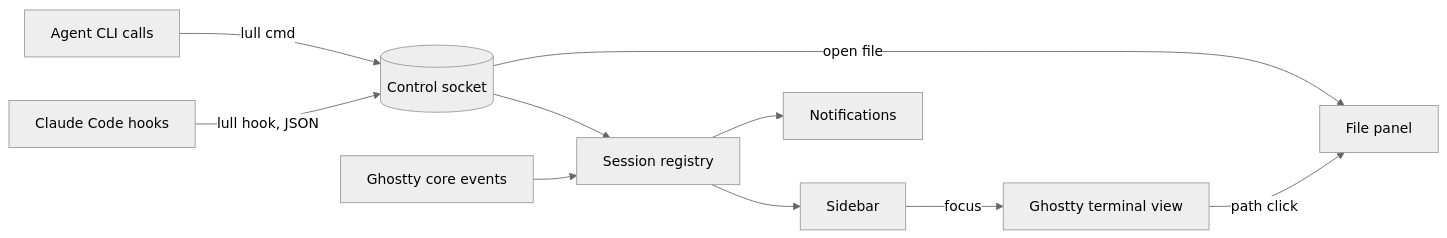
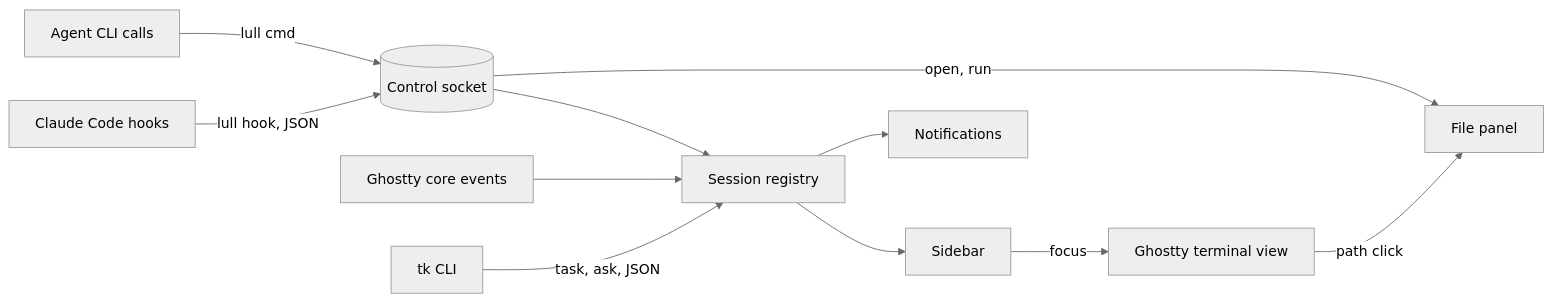
The diagram in docs/spec.md (daniil4545/tarn), drawn with Mermaid (neutral theme) before and after one commit. The commit also changed other lines of this file, not shown here.

````diff
--- a/docs/spec.md
+++ b/docs/spec.md
@@ -68,12 +72,13 @@
 ```mermaid
 flowchart LR
   cc["Claude Code hooks"] -->|"lull hook, JSON"| sock[("Control socket")]
   agent["Agent CLI calls"] -->|"lull cmd"| sock
   sock --> reg["Session registry"]
   core["Ghostty core events"] --> reg
+  tk["tk CLI"] -->|"task, ask, JSON"| reg
   reg --> side["Sidebar"]
   reg --> note["Notifications"]
   side -->|"focus"| term["Ghostty terminal view"]
   term -->|"path click"| panel["File panel"]
-  sock -->|"open file"| panel
+  sock -->|"open, run"| panel
 ```
````
